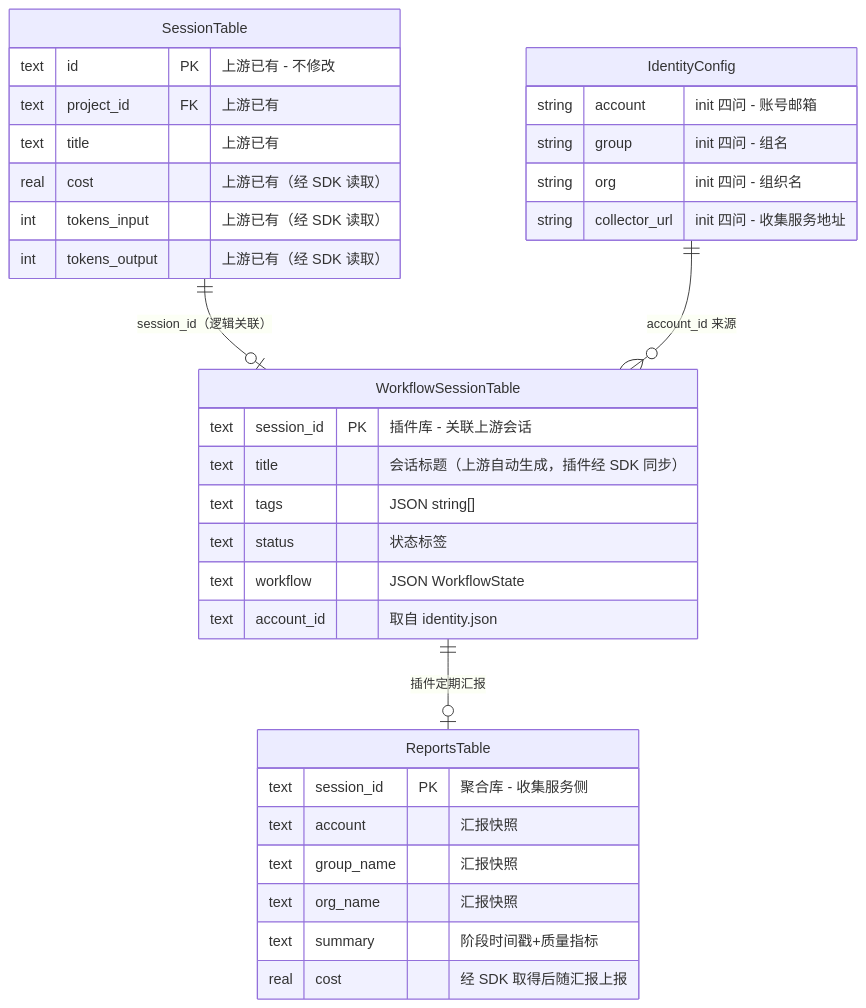
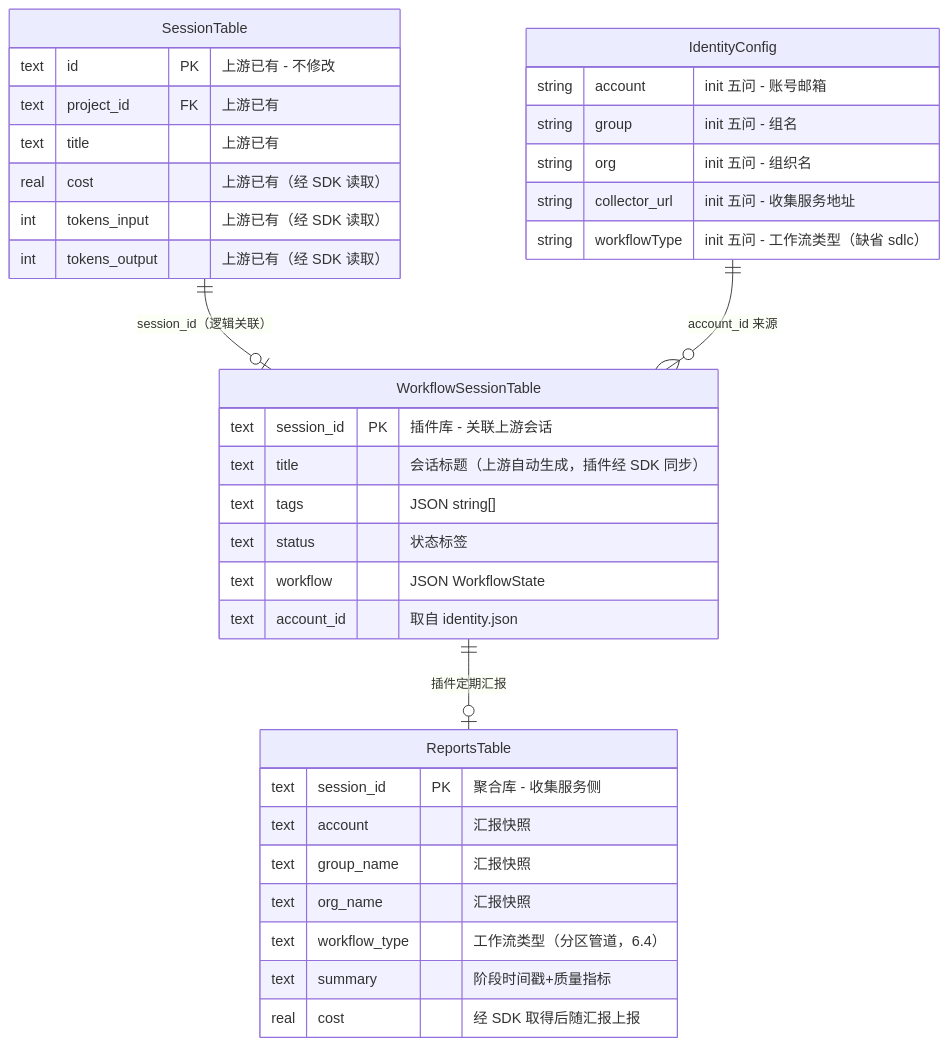
One commit to wonglaitung/opencode changed the seventh of 15 diagrams in opencode-session-mgmt/docs/session-management.md. Above: the diagram before and after it, drawn with Mermaid. The commit also changed other lines of this file and 27 other files, not shown here.

First line of the commit message:
feat(session-mgmt): 多流程就绪重构——workflowType 用户级身份 + WorkflowDefinition 注册表

````diff
--- a/opencode-session-mgmt/docs/session-management.md
+++ b/opencode-session-mgmt/docs/session-management.md
@@ -337,40 +337,42 @@
 ```mermaid
 erDiagram
     SessionTable {
         text id PK "上游已有 - 不修改"
         text project_id FK "上游已有"
         text title "上游已有"
         real cost "上游已有（经 SDK 读取）"
         int tokens_input "上游已有（经 SDK 读取）"
         int tokens_output "上游已有（经 SDK 读取）"
     }
 
     WorkflowSessionTable {
         text session_id PK "插件库 - 关联上游会话"
         text title "会话标题（上游自动生成，插件经 SDK 同步）"
         text tags "JSON string[]"
         text status "状态标签"
         text workflow "JSON WorkflowState"
         text account_id "取自 identity.json"
     }
 
     IdentityConfig {
-        string account "init 四问 - 账号邮箱"
-        string group "init 四问 - 组名"
-        string org "init 四问 - 组织名"
-        string collector_url "init 四问 - 收集服务地址"
+        string account "init 五问 - 账号邮箱"
+        string group "init 五问 - 组名"
+        string org "init 五问 - 组织名"
+        string collector_url "init 五问 - 收集服务地址"
+        string workflowType "init 五问 - 工作流类型（缺省 sdlc）"
     }
 
     ReportsTable {
         text session_id PK "聚合库 - 收集服务侧"
         text account "汇报快照"
         text group_name "汇报快照"
         text org_name "汇报快照"
+        text workflow_type "工作流类型（分区管道，6.4）"
         text summary "阶段时间戳+质量指标"
         real cost "经 SDK 取得后随汇报上报"
     }
 
     SessionTable ||--o| WorkflowSessionTable : "session_id（逻辑关联）"
     IdentityConfig ||--o{ WorkflowSessionTable : "account_id 来源"
     WorkflowSessionTable ||--o| ReportsTable : "插件定期汇报"
 ```
````
